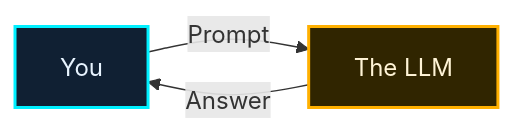
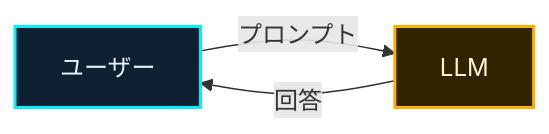
One commit to theomonfort/Github-copilot-workshop changed the first of 3 diagrams in src/content/playbook/harness-engineering.md. Above: the diagram before and after it, drawn with Mermaid. The commit also changed other lines of this file, not shown here.

````diff
--- a/src/content/playbook/harness-engineering.md
+++ b/src/content/playbook/harness-engineering.md
@@ -55,10 +55,10 @@
 ```mermaid
 flowchart LR
-  You[You] -->|Prompt| LLM[The LLM]
-  LLM -->|Answer| You
+  You[ユーザー] -->|プロンプト| LLM[LLM]
+  LLM -->|回答| You
 
   classDef human fill:#102033,stroke:#00f0ff,color:#e8f4ff,stroke-width:2px;
   classDef llm fill:#302500,stroke:#ffb000,color:#fff4d6,stroke-width:2px;
   class You human;
   class LLM llm;
 ```
````
